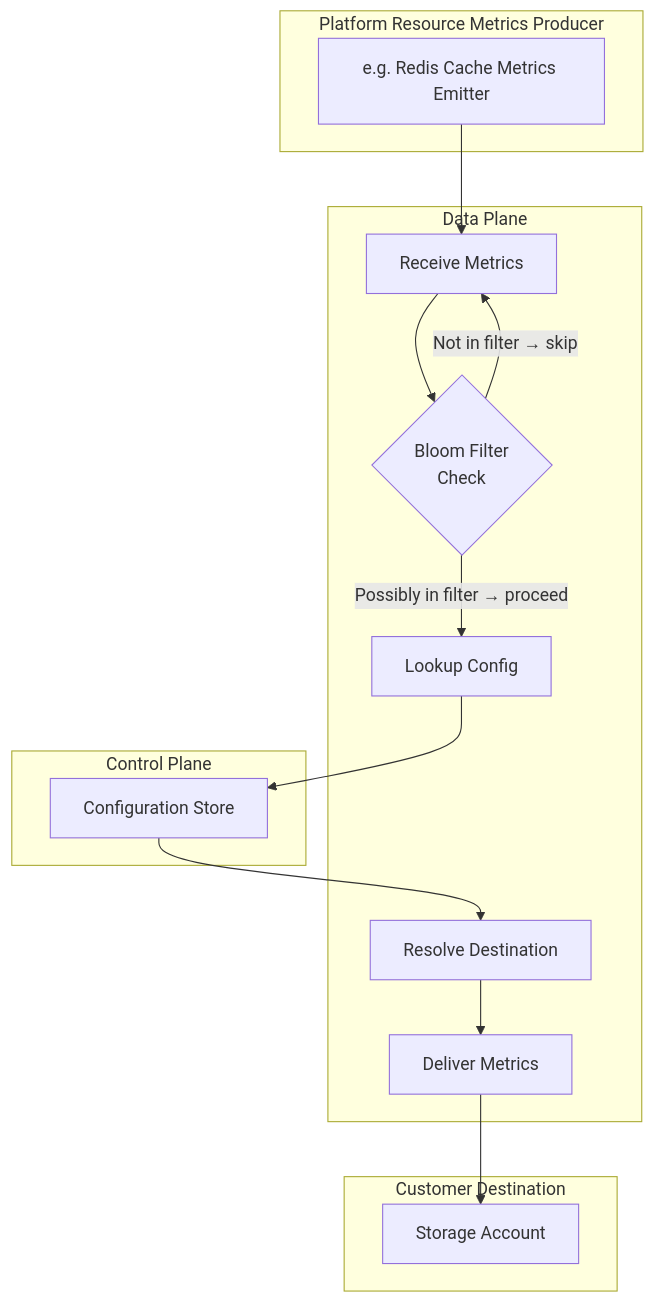
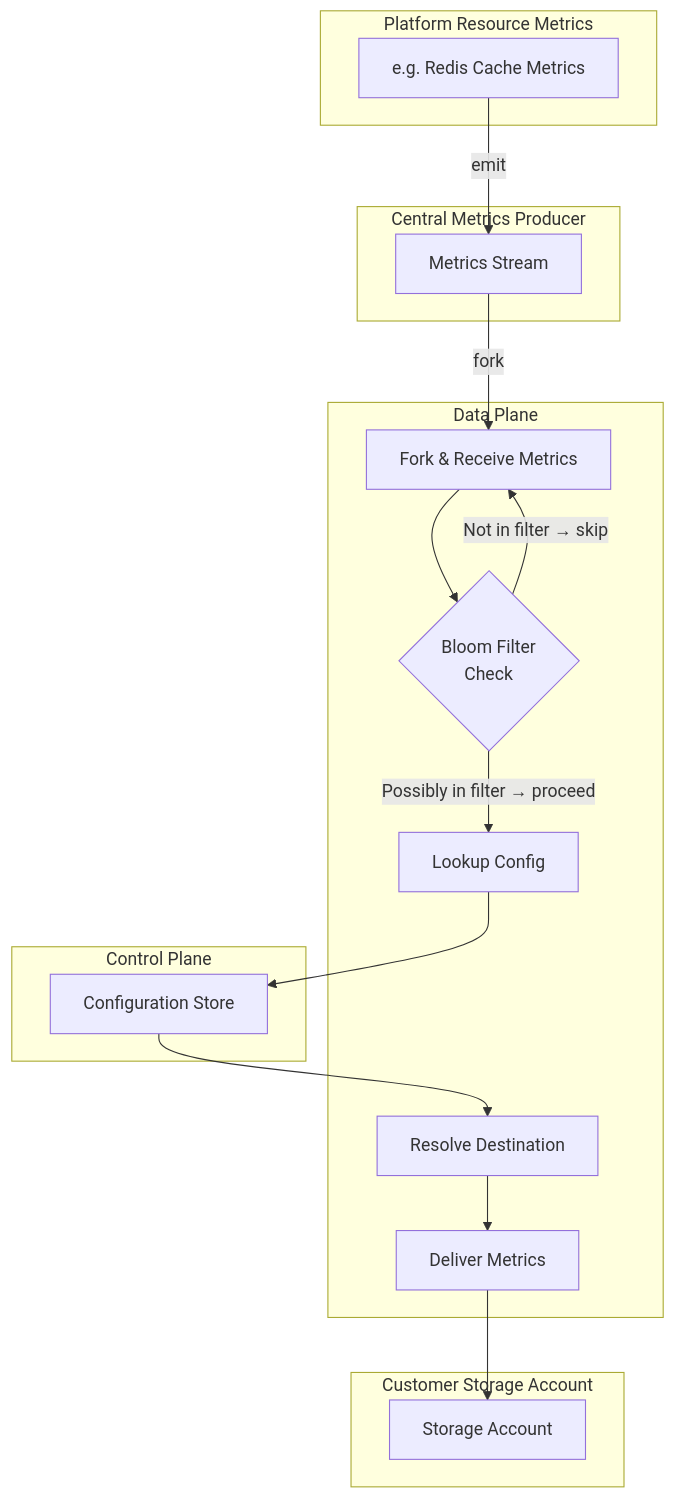
One commit to mvsnbharath/Design changed the fourth of 5 diagrams in AWS/Msft/e2e.md. Above: the diagram before and after it, drawn with Mermaid. The commit also changed other lines of this file, not shown here.

````diff
--- a/AWS/Msft/e2e.md
+++ b/AWS/Msft/e2e.md
@@ -73,31 +65,36 @@
 ```mermaid
 flowchart TB
-    subgraph Producer[Platform Resource Metrics Producer]
-        P[e.g. Redis Cache Metrics Emitter]
+    subgraph Source[Platform Resource Metrics]
+        PR[e.g. Redis Cache Metrics]
+    end
+
+    subgraph CMP[Central Metrics Producer]
+        P[Metrics Stream]
     end
 
     subgraph DataPlane[Data Plane]
-        D1[Receive Metrics]
+        D1[Fork & Receive Metrics]
         BF{Bloom Filter<br/>Check}
         D2[Lookup Config]
         D3[Resolve Destination]
         D4[Deliver Metrics]
     end
 
     subgraph ControlPlane[Control Plane]
         CP[Configuration Store]
     end
 
-    subgraph Customer[Customer Destination]
+    subgraph Customer[Customer Storage Account]
         SA[Storage Account]
     end
 
-    P --> D1
+    PR -->|emit| P
+    P -->|fork| D1
     D1 --> BF
     BF -->|Not in filter → skip| D1
     BF -->|Possibly in filter → proceed| D2
     D2 --> CP
     CP --> D3
     D3 --> D4
     D4 --> SA
 ```
````
